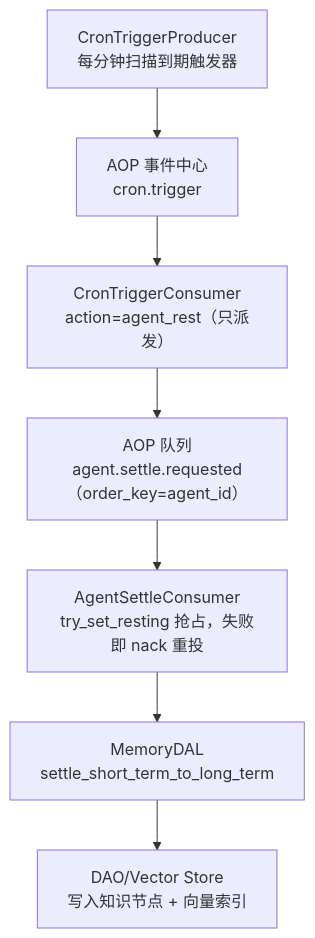
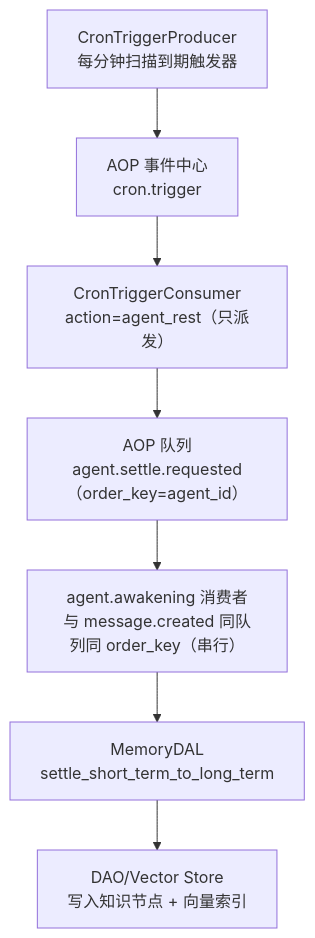
The first of 7 diagrams in docs/wiki/zh/content/项目概述/核心功能特性/四层记忆系统/记忆沉淀机制.md (runningcoders/ai_orz), drawn with Mermaid before and after one commit. The commit also changed other lines of this file and 2 other files, not shown here.

First line of the commit message:
docs(wiki): 记忆沉淀机制/调度器消费者/沉淀知识卡 — 对齐 settle 并入 agent.awakening

````diff
--- a/docs/wiki/zh/content/项目概述/核心功能特性/四层记忆系统/记忆沉淀机制.md
+++ b/docs/wiki/zh/content/项目概述/核心功能特性/四层记忆系统/记忆沉淀机制.md
@@ -70,9 +70,9 @@
 ```mermaid
 graph TB
 A["CronTriggerProducer<br/>每分钟扫描到期触发器"] --> B["AOP 事件中心<br/>cron.trigger"]
 B --> C["CronTriggerConsumer<br/>action=agent_rest（只派发）"]
 C --> F["AOP 队列<br/>agent.settle.requested（order_key=agent_id）"]
-F --> G["AgentSettleConsumer<br/>try_set_resting 抢占，失败即 nack 重投"]
+F --> G["agent.awakening 消费者<br/>与 message.created 同队列同 order_key（串行）"]
 G --> D["MemoryDAL<br/>settle_short_term_to_long_term"]
 D --> E["DAO/Vector Store<br/>写入知识节点 + 向量索引"]
 ```
````
